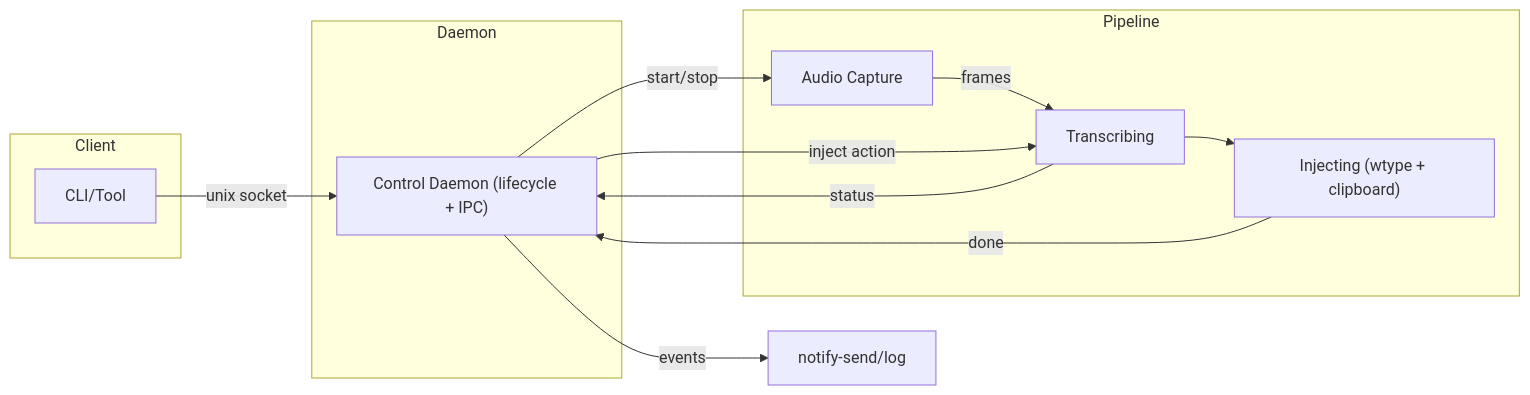
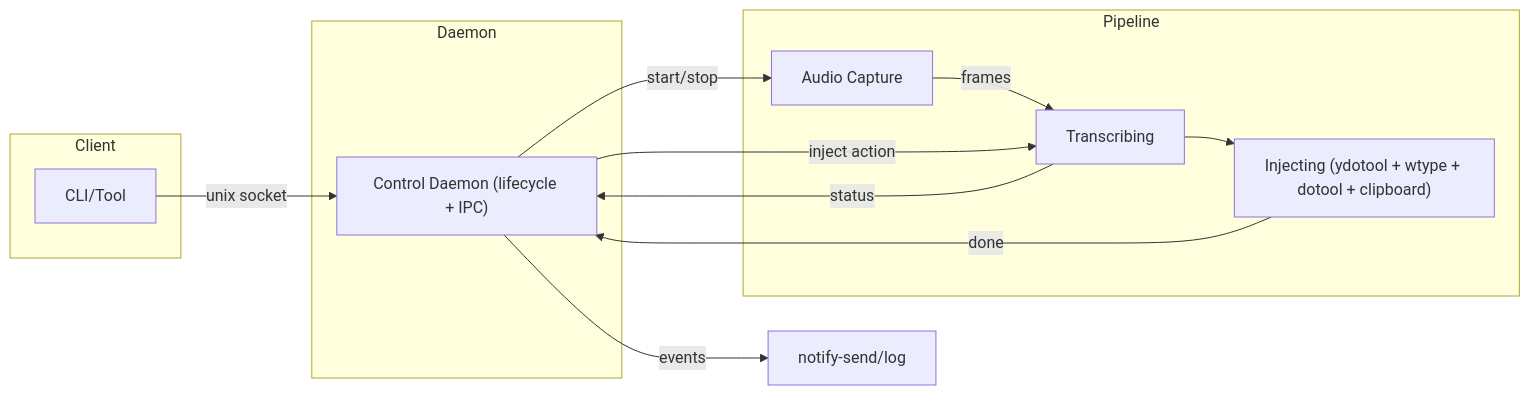
Before and after one commit to AlexCzar/hyprvoice: the first of 2 diagrams in README.md, drawn with Mermaid. The commit also changed 5 other files, not shown here.

````diff
--- a/README.md
+++ b/README.md
@@ -306,24 +306,24 @@
 ```mermaid
 flowchart LR
   subgraph Client
     CLI["CLI/Tool"]
   end
   subgraph Daemon
     D["Control Daemon (lifecycle + IPC)"]
   end
   subgraph Pipeline
     A["Audio Capture"]
     T["Transcribing"]
-    I["Injecting (wtype + clipboard)"]
+    I["Injecting (ydotool + wtype + dotool + clipboard)"]
   end
   N["notify-send/log"]
 
   CLI -- unix socket --> D
   D -- start/stop --> A
   A -- frames --> T
   T -- status --> D
   D -- events --> N
   D -- inject action --> T
   T --> I
   I -->|done| D
 ```
````
